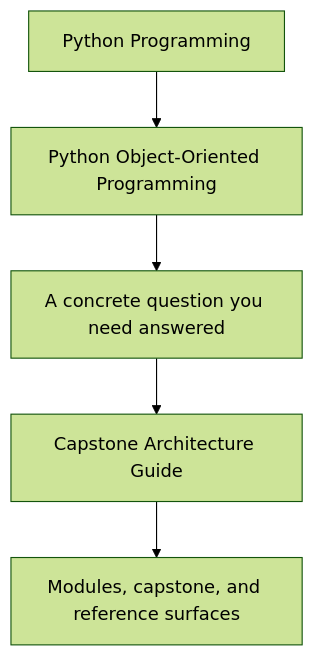
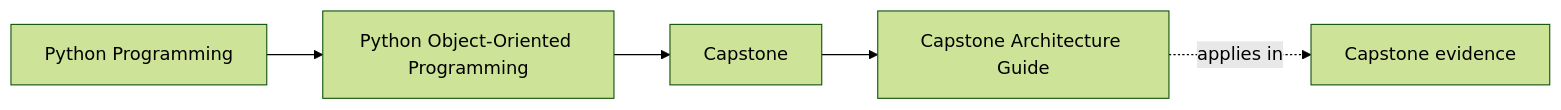
The first of 2 diagrams in programs/python-programming/python-object-oriented-programming/course-book/capstone/capstone-architecture-guide.md (bijux/bijux-masterclass), drawn with Mermaid (forest theme) before and after one commit. The commit also changed other lines of this file and 103 other files, not shown here.

Commit message:
docs(python-object-oriented-programming): map sustainment and capstone surfaces

````diff
--- a/programs/python-programming/python-object-oriented-programming/course-book/capstone/capstone-architecture-guide.md
+++ b/programs/python-programming/python-object-oriented-programming/course-book/capstone/capstone-architecture-guide.md
@@ -7,7 +7,11 @@
 ```mermaid
-flowchart TD
-  family["Python Programming"] --> program["Python Object-Oriented Programming"]
-  program --> pressure["A concrete question you need answered"]
-  pressure --> guide["Capstone Architecture Guide"]
-  guide --> next["Modules, capstone, and reference surfaces"]
+graph LR
+  family["Python Programming"]
+  program["Python Object-Oriented Programming"]
+  section["Capstone"]
+  page["Capstone Architecture Guide"]
+  capstone["Capstone evidence"]
+
+  family --> program --> section --> page
+  page -.applies in.-> capstone
 ```
````
